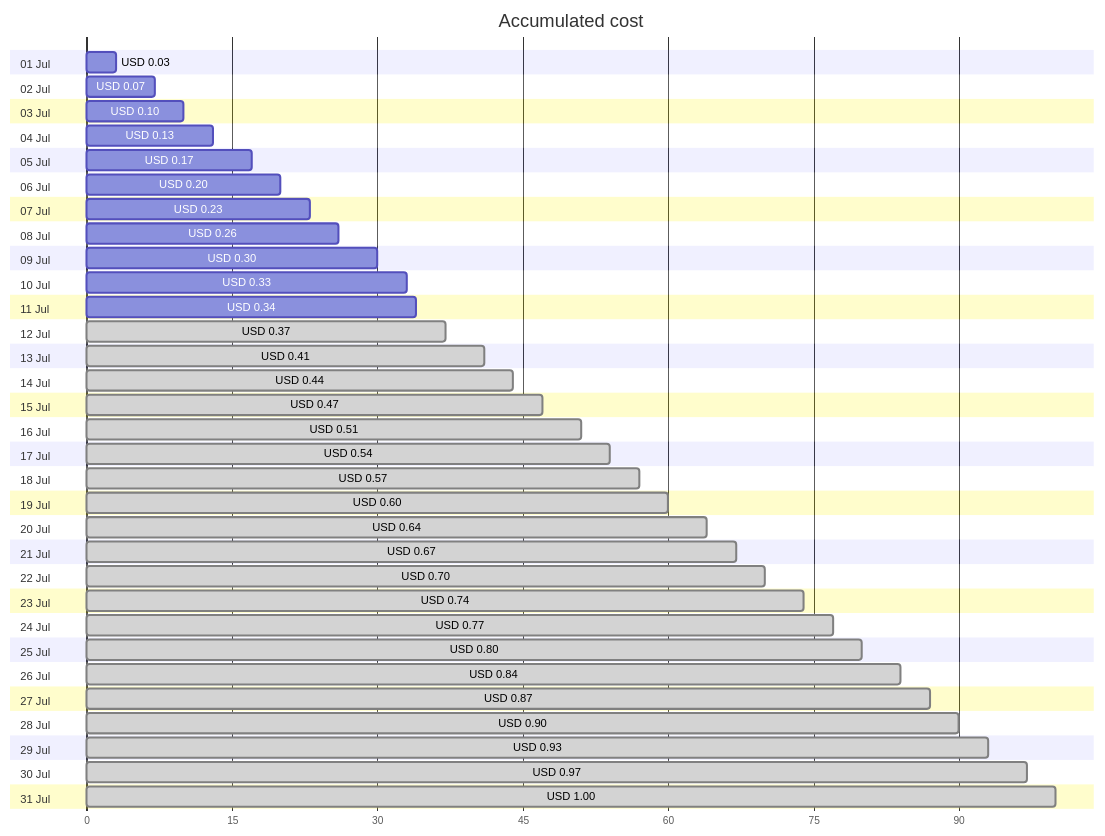
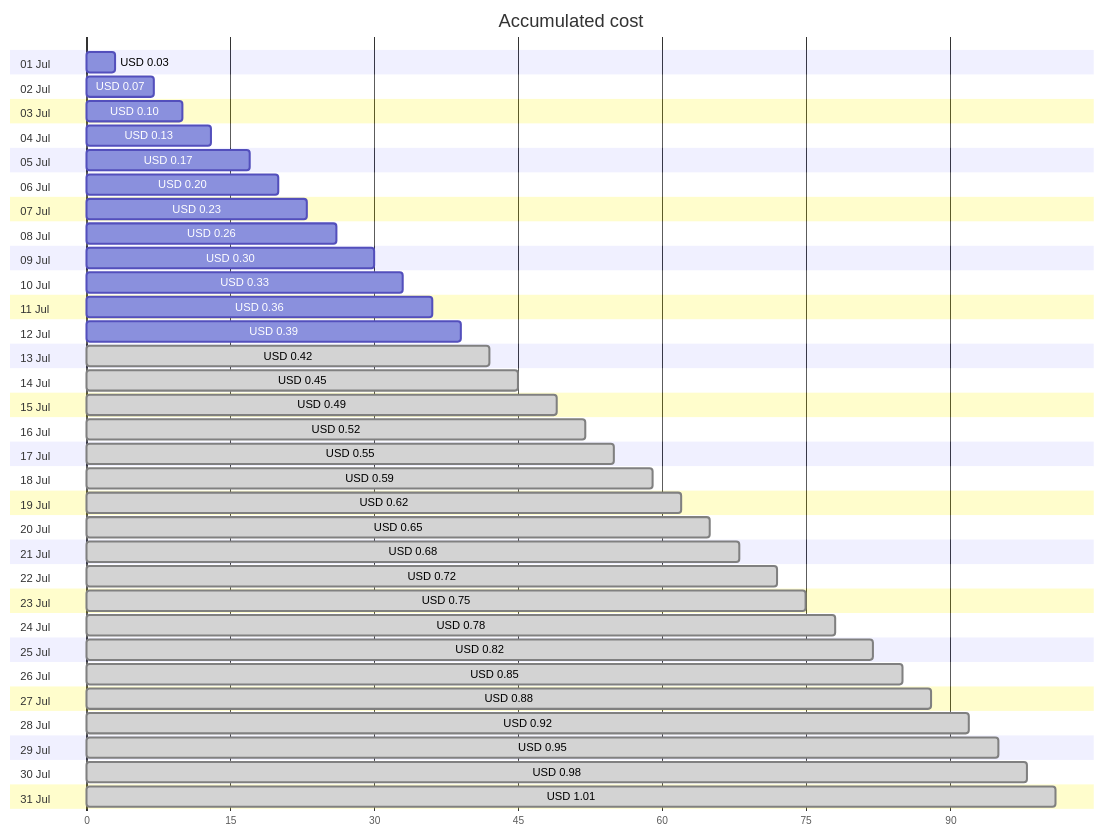
Before and after one commit to jpfulton/azure-personal-reports: the first of 4 diagrams in cost-reports/personal-dns/README.md, drawn with Mermaid. The commit also changed other lines of this file and 2 other files, not shown here.

Commit message:
Generated reports [skip ci]

````diff
--- a/cost-reports/personal-dns/README.md
+++ b/cost-reports/personal-dns/README.md
@@ -20,68 +20,68 @@
 ```mermaid
 gantt
    title Accumulated cost
    dateFormat  X
    axisFormat %s
    section 01 Jul
    USD 0.03 :0, 3
    section 02 Jul
    USD 0.07 :0, 7
    section 03 Jul
    USD 0.10 :0, 10
    section 04 Jul
    USD 0.13 :0, 13
    section 05 Jul
    USD 0.17 :0, 17
    section 06 Jul
    USD 0.20 :0, 20
    section 07 Jul
    USD 0.23 :0, 23
    section 08 Jul
    USD 0.26 :0, 26
    section 09 Jul
    USD 0.30 :0, 30
    section 10 Jul
    USD 0.33 :0, 33
    section 11 Jul
-   USD 0.34 :0, 34
+   USD 0.36 :0, 36
    section 12 Jul
-   USD 0.37 : done, 0, 37
+   USD 0.39 :0, 39
    section 13 Jul
-   USD 0.41 : done, 0, 41
+   USD 0.42 : done, 0, 42
    section 14 Jul
-   USD 0.44 : done, 0, 44
+   USD 0.45 : done, 0, 45
    section 15 Jul
-   USD 0.47 : done, 0, 47
+   USD 0.49 : done, 0, 49
    section 16 Jul
-   USD 0.51 : done, 0, 51
+   USD 0.52 : done, 0, 52
    section 17 Jul
-   USD 0.54 : done, 0, 54
+   USD 0.55 : done, 0, 55
    section 18 Jul
-   USD 0.57 : done, 0, 57
+   USD 0.59 : done, 0, 59
    section 19 Jul
-   USD 0.60 : done, 0, 60
+   USD 0.62 : done, 0, 62
    section 20 Jul
-   USD 0.64 : done, 0, 64
+   USD 0.65 : done, 0, 65
    section 21 Jul
-   USD 0.67 : done, 0, 67
+   USD 0.68 : done, 0, 68
    section 22 Jul
-   USD 0.70 : done, 0, 70
+   USD 0.72 : done, 0, 72
    section 23 Jul
-   USD 0.74 : done, 0, 74
+   USD 0.75 : done, 0, 75
    section 24 Jul
-   USD 0.77 : done, 0, 77
+   USD 0.78 : done, 0, 78
    section 25 Jul
-   USD 0.80 : done, 0, 80
+   USD 0.82 : done, 0, 82
    section 26 Jul
-   USD 0.84 : done, 0, 84
+   USD 0.85 : done, 0, 85
    section 27 Jul
-   USD 0.87 : done, 0, 87
+   USD 0.88 : done, 0, 88
    section 28 Jul
-   USD 0.90 : done, 0, 90
+   USD 0.92 : done, 0, 92
    section 29 Jul
-   USD 0.93 : done, 0, 93
+   USD 0.95 : done, 0, 95
    section 30 Jul
-   USD 0.97 : done, 0, 97
+   USD 0.98 : done, 0, 98
    section 31 Jul
-   USD 1.00 : done, 0, 100
+   USD 1.01 : done, 0, 101
 ```
````
